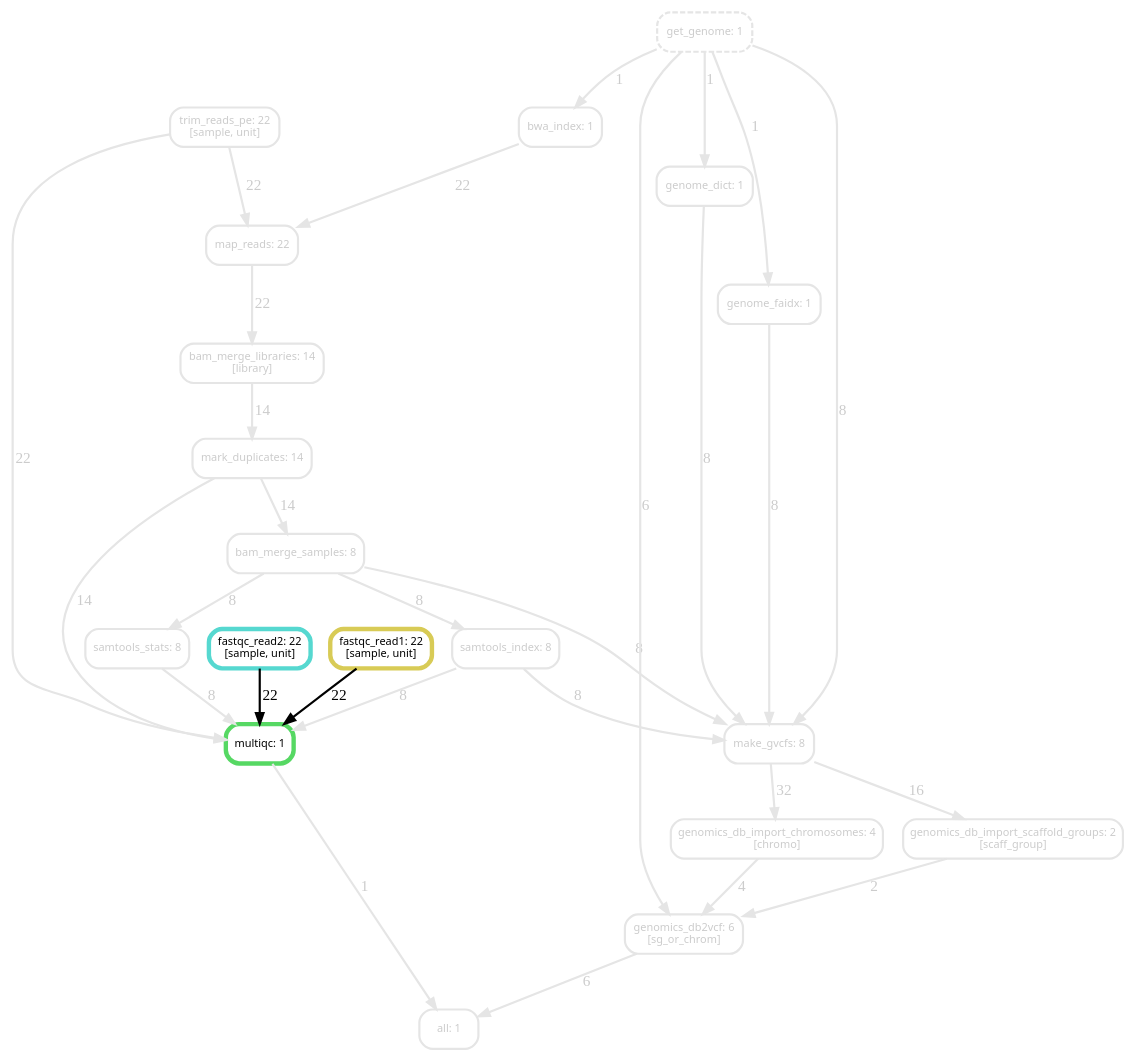
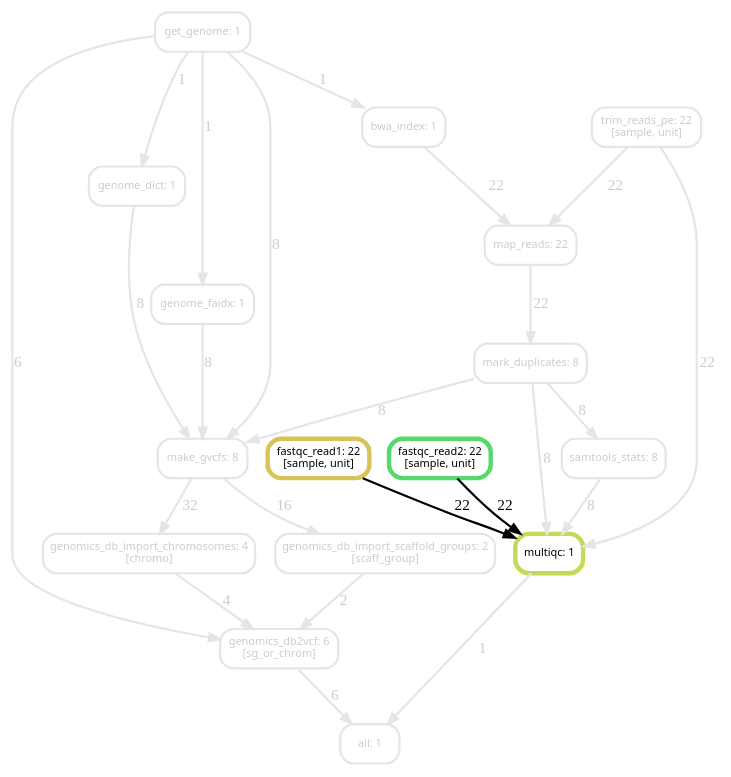
One commit to ambuvjyn/eca-bioinf-handbook changed the diagram in figure-creation/non-model-wgs-workflow-dags/fastqc-multiqc.dot. Above: the diagram before and after it, drawn with Graphviz. The commit also changed 52 other files, not shown here.

```diff
--- a/figure-creation/non-model-wgs-workflow-dags/fastqc-multiqc.dot
+++ b/figure-creation/non-model-wgs-workflow-dags/fastqc-multiqc.dot
@@ -1,52 +1,44 @@
 digraph snakemake_dag {
     graph[bgcolor=white, margin=0];
     node[shape=box, style=rounded, fontname=sans,  color="gray90",  fontcolor="gray80",  fontsize=10, penwidth=2];
     edge[penwidth=2, color="gray90", fontcolor="gray80"];
-    1[label = "bam_merge_libraries: 14\n[library]", style="rounded"];
-    2[label = "bam_merge_samples: 8", style="rounded"];
-    3[label = "bwa_index: 1", style="rounded"];
-    4[label = "fastqc_read1: 22\n[sample, unit]", color = "0.15 0.6 0.85", style="rounded", fontcolor="black", penwidth=4];
-    5[label = "fastqc_read2: 22\n[sample, unit]", color = "0.49 0.6 0.85", style="rounded", fontcolor="black", penwidth=4];
-    6[label = "genome_dict: 1", style="rounded"];
-    7[label = "genome_faidx: 1", style="rounded"];
-    8[label = "genomics_db_import_chromosomes: 4\n[chromo]", style="rounded"];
-    9[label = "genomics_db_import_scaffold_groups: 2\n[scaff_group]", style="rounded"];
-    10[label = "genomics_db2vcf: 6\n[sg_or_chrom]", style="rounded"];
-    11[label = "get_genome: 1", style="rounded,dashed"];
-    12[label = "make_gvcfs: 8", style="rounded"];
-    13[label = "map_reads: 22", style="rounded"];
-    14[label = "mark_duplicates: 14", style="rounded"];
-    15[label = "multiqc: 1", color = "0.35 0.6 0.85", style="rounded", fontcolor="black", penwidth=4];
-    16[label = "samtools_index: 8", style="rounded"];
-    17[label = "samtools_stats: 8", style="rounded"];
-    18[label = "trim_reads_pe: 22\n[sample, unit]", style="rounded"];
-    19[label = "all: 1", style="rounded"];
-    1 -> 14 [label = "14"];
-    2 -> 12 [label = "8"];
-    2 -> 16 [label = "8"];
-    2 -> 17 [label = "8"];
-    3 -> 13 [label = "22"];
-    4 -> 15 [label = "22", color="black", fontcolor="black"];
-    5 -> 15 [label = "22", color="black", fontcolor="black"];
-    6 -> 12 [label = "8"];
-    7 -> 12 [label = "8"];
-    8 -> 10 [label = "4"];
-    9 -> 10 [label = "2"];
-    10 -> 19 [label = "6"];
-    11 -> 3 [label = "1"];
-    11 -> 6 [label = "1"];
-    11 -> 7 [label = "1"];
-    11 -> 10 [label = "6"];
-    11 -> 12 [label = "8"];
-    12 -> 8 [label = "32"];
-    12 -> 9 [label = "16"];
-    13 -> 1 [label = "22"];
-    14 -> 2 [label = "14"];
-    14 -> 15 [label = "14"];
-    15 -> 19 [label = "1"];
-    16 -> 12 [label = "8"];
-    16 -> 15 [label = "8"];
-    17 -> 15 [label = "8"];
-    18 -> 13 [label = "22"];
-    18 -> 15 [label = "22"];
+    1[label = "bwa_index: 1", style="rounded"];
+    2[label = "fastqc_read1: 22\n[sample, unit]", color = "0.14 0.6 0.85", style="rounded", fontcolor="black", penwidth=4];
+    3[label = "fastqc_read2: 22\n[sample, unit]", color = "0.36 0.6 0.85", style="rounded", fontcolor="black", penwidth=4];
+    4[label = "genome_dict: 1", style="rounded"];
+    5[label = "genome_faidx: 1", style="rounded"];
+    6[label = "genomics_db_import_chromosomes: 4\n[chromo]", style="rounded"];
+    7[label = "genomics_db_import_scaffold_groups: 2\n[scaff_group]", style="rounded"];
+    8[label = "genomics_db2vcf: 6\n[sg_or_chrom]", style="rounded"];
+    9[label = "get_genome: 1", style="rounded"];
+    10[label = "make_gvcfs: 8", style="rounded"];
+    11[label = "map_reads: 22", style="rounded"];
+    12[label = "mark_duplicates: 8", style="rounded"];
+    13[label = "multiqc: 1", color = "0.19 0.6 0.85", style="rounded", fontcolor="black", penwidth=4];
+    14[label = "samtools_stats: 8", style="rounded"];
+    15[label = "trim_reads_pe: 22\n[sample, unit]", style="rounded"];
+    16[label = "all: 1", style="rounded"];
+    1 -> 11 [label = "22"];
+    2 -> 13 [label = "22", color="black", fontcolor="black"];
+    3 -> 13 [label = "22", color="black", fontcolor="black"];
+    4 -> 10 [label = "8"];
+    5 -> 10 [label = "8"];
+    6 -> 8 [label = "4"];
+    7 -> 8 [label = "2"];
+    8 -> 16 [label = "6"];
+    9 -> 1 [label = "1"];
+    9 -> 4 [label = "1"];
+    9 -> 5 [label = "1"];
+    9 -> 8 [label = "6"];
+    9 -> 10 [label = "8"];
+    10 -> 6 [label = "32"];
+    10 -> 7 [label = "16"];
+    11 -> 12 [label = "22"];
+    12 -> 10 [label = "8"];
+    12 -> 13 [label = "8"];
+    12 -> 14 [label = "8"];
+    13 -> 16 [label = "1"];
+    14 -> 13 [label = "8"];
+    15 -> 11 [label = "22"];
+    15 -> 13 [label = "22"];
 }
```
